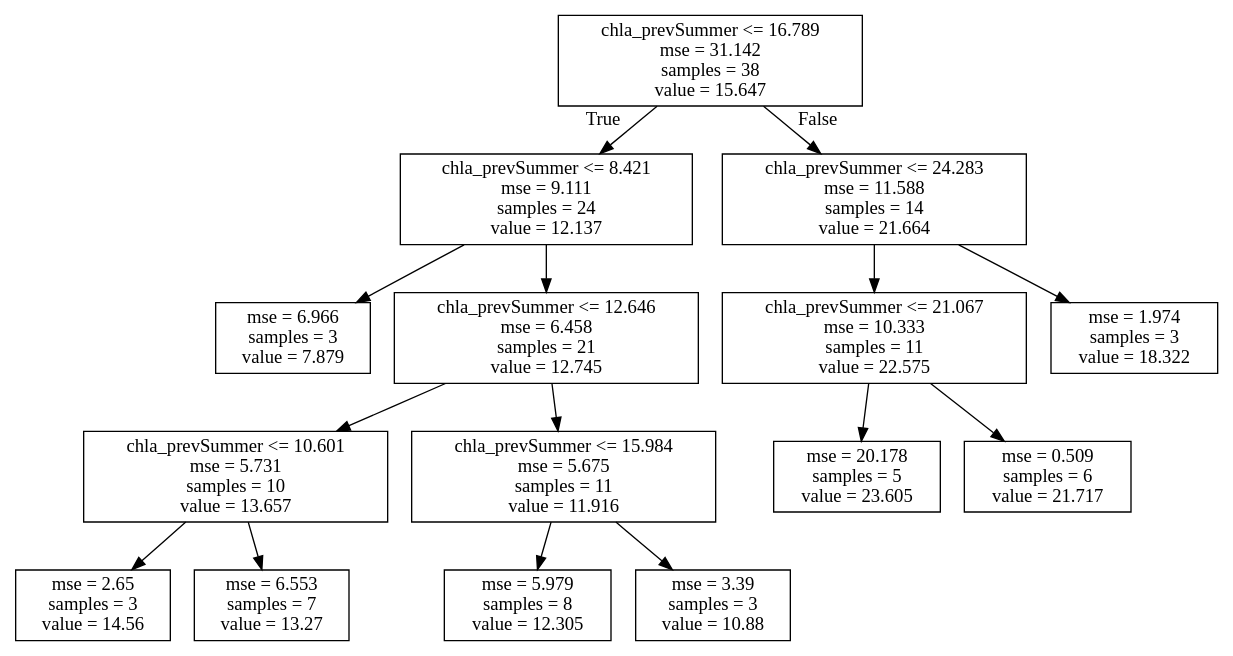
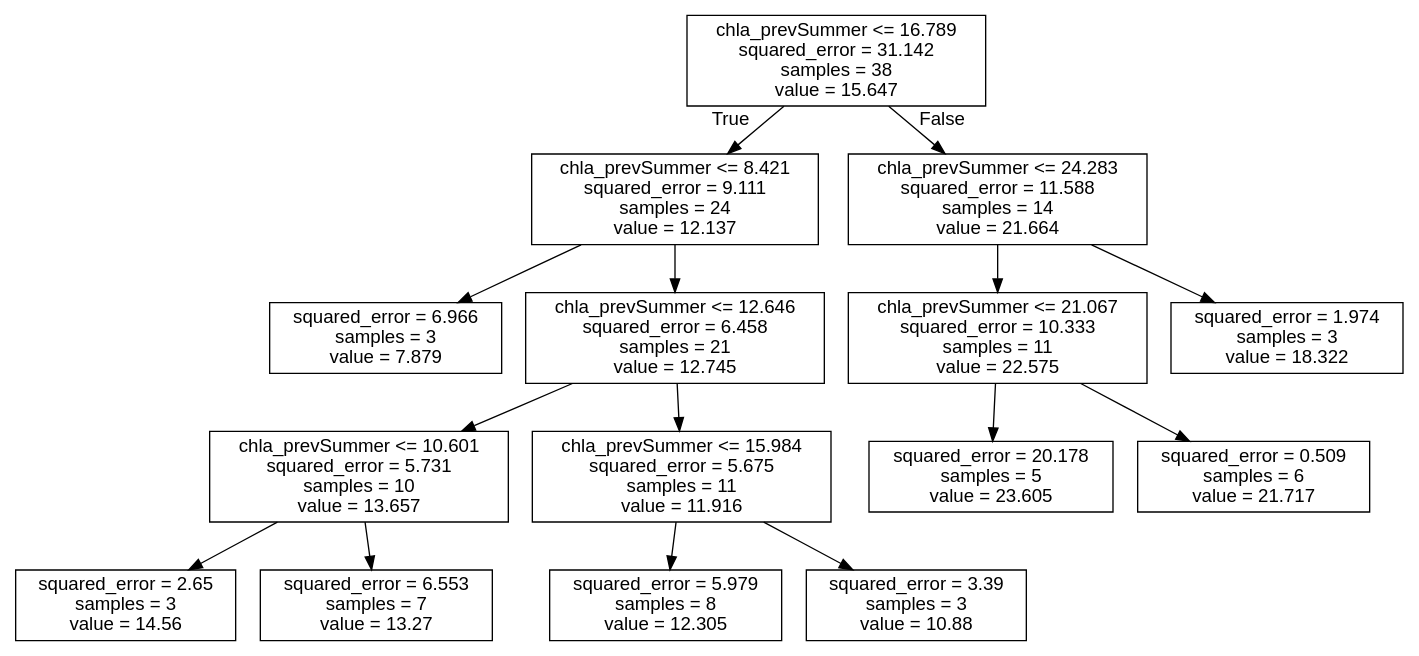
One commit to NIVANorge/seasonal_forecasting_watexr changed the diagram in Norway_Morsa/BayesianNetwork/Figures/Discretization_regTrees/Pairwise/DotFiles/metno_6Mseasons_chla-chla_prevSummer.dot. Above: the diagram before and after it, drawn with Graphviz. The commit also changed 113 other files, not shown here.

```diff
--- a/Norway_Morsa/BayesianNetwork/Figures/Discretization_regTrees/Pairwise/DotFiles/metno_6Mseasons_chla-chla_prevSummer.dot
+++ b/Norway_Morsa/BayesianNetwork/Figures/Discretization_regTrees/Pairwise/DotFiles/metno_6Mseasons_chla-chla_prevSummer.dot
@@ -1,32 +1,33 @@
 digraph Tree {
-node [shape=box] ;
-0 [label="chla_prevSummer <= 16.789\nmse = 31.142\nsamples = 38\nvalue = 15.647"] ;
-1 [label="chla_prevSummer <= 8.421\nmse = 9.111\nsamples = 24\nvalue = 12.137"] ;
+node [shape=box, fontname="helvetica"] ;
+edge [fontname="helvetica"] ;
+0 [label="chla_prevSummer <= 16.789\nsquared_error = 31.142\nsamples = 38\nvalue = 15.647"] ;
+1 [label="chla_prevSummer <= 8.421\nsquared_error = 9.111\nsamples = 24\nvalue = 12.137"] ;
 0 -> 1 [labeldistance=2.5, labelangle=45, headlabel="True"] ;
-3 [label="mse = 6.966\nsamples = 3\nvalue = 7.879"] ;
+3 [label="squared_error = 6.966\nsamples = 3\nvalue = 7.879"] ;
 1 -> 3 ;
-4 [label="chla_prevSummer <= 12.646\nmse = 6.458\nsamples = 21\nvalue = 12.745"] ;
+4 [label="chla_prevSummer <= 12.646\nsquared_error = 6.458\nsamples = 21\nvalue = 12.745"] ;
 1 -> 4 ;
-7 [label="chla_prevSummer <= 10.601\nmse = 5.731\nsamples = 10\nvalue = 13.657"] ;
+7 [label="chla_prevSummer <= 10.601\nsquared_error = 5.731\nsamples = 10\nvalue = 13.657"] ;
 4 -> 7 ;
-13 [label="mse = 2.65\nsamples = 3\nvalue = 14.56"] ;
+13 [label="squared_error = 2.65\nsamples = 3\nvalue = 14.56"] ;
 7 -> 13 ;
-14 [label="mse = 6.553\nsamples = 7\nvalue = 13.27"] ;
+14 [label="squared_error = 6.553\nsamples = 7\nvalue = 13.27"] ;
 7 -> 14 ;
-8 [label="chla_prevSummer <= 15.984\nmse = 5.675\nsamples = 11\nvalue = 11.916"] ;
+8 [label="chla_prevSummer <= 15.984\nsquared_error = 5.675\nsamples = 11\nvalue = 11.916"] ;
 4 -> 8 ;
-11 [label="mse = 5.979\nsamples = 8\nvalue = 12.305"] ;
+11 [label="squared_error = 5.979\nsamples = 8\nvalue = 12.305"] ;
 8 -> 11 ;
-12 [label="mse = 3.39\nsamples = 3\nvalue = 10.88"] ;
+12 [label="squared_error = 3.39\nsamples = 3\nvalue = 10.88"] ;
 8 -> 12 ;
-2 [label="chla_prevSummer <= 24.283\nmse = 11.588\nsamples = 14\nvalue = 21.664"] ;
+2 [label="chla_prevSummer <= 24.283\nsquared_error = 11.588\nsamples = 14\nvalue = 21.664"] ;
 0 -> 2 [labeldistance=2.5, labelangle=-45, headlabel="False"] ;
-5 [label="chla_prevSummer <= 21.067\nmse = 10.333\nsamples = 11\nvalue = 22.575"] ;
+5 [label="chla_prevSummer <= 21.067\nsquared_error = 10.333\nsamples = 11\nvalue = 22.575"] ;
 2 -> 5 ;
-9 [label="mse = 20.178\nsamples = 5\nvalue = 23.605"] ;
+9 [label="squared_error = 20.178\nsamples = 5\nvalue = 23.605"] ;
 5 -> 9 ;
-10 [label="mse = 0.509\nsamples = 6\nvalue = 21.717"] ;
+10 [label="squared_error = 0.509\nsamples = 6\nvalue = 21.717"] ;
 5 -> 10 ;
-6 [label="mse = 1.974\nsamples = 3\nvalue = 18.322"] ;
+6 [label="squared_error = 1.974\nsamples = 3\nvalue = 18.322"] ;
 2 -> 6 ;
 }
```
